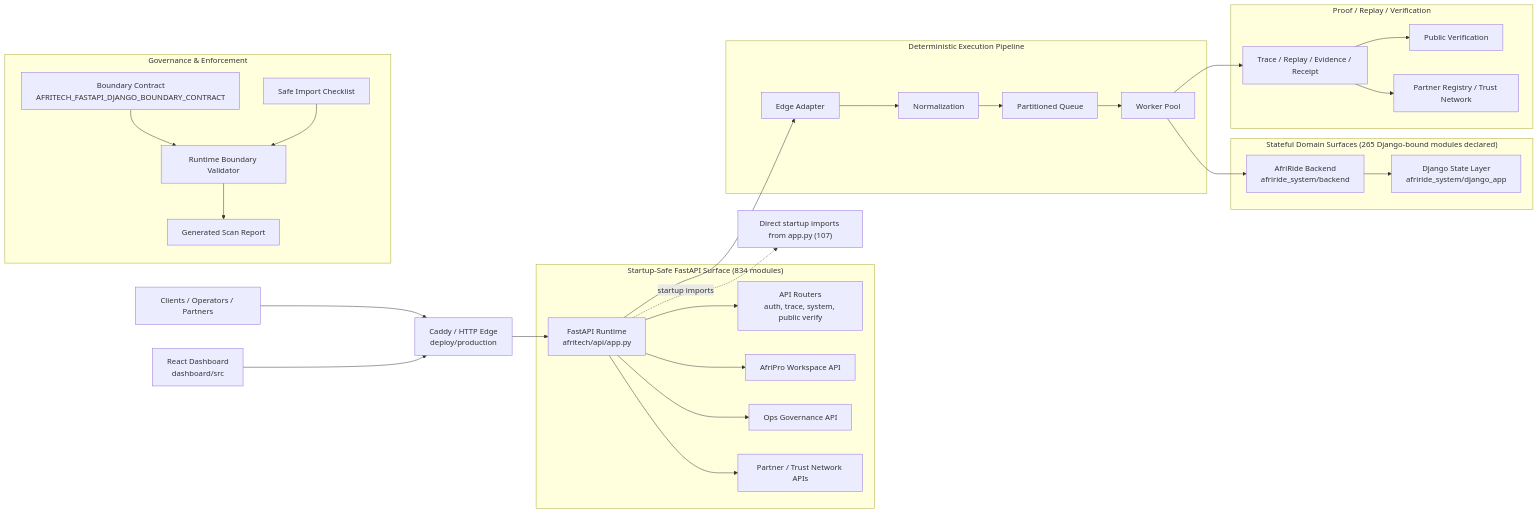
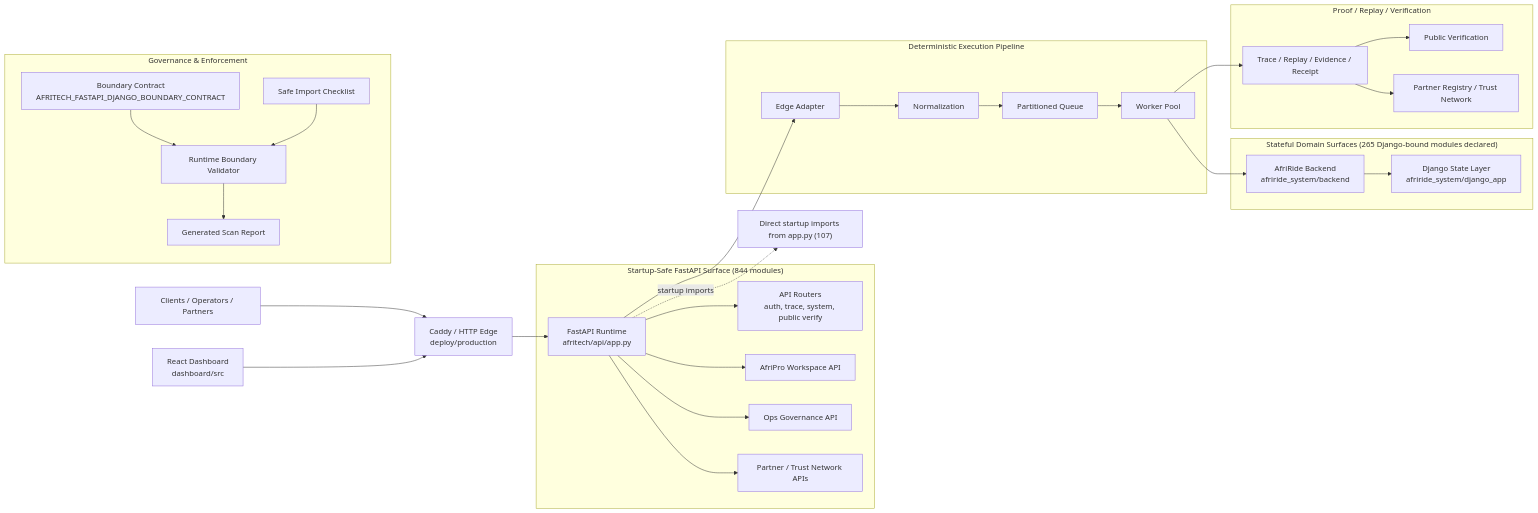
The first of 2 diagrams in docs/architecture/AFRITECH_FULL_ARCHITECTURE_GRAPH.md (Strelly2023/afritelematics), drawn with Mermaid before and after one commit. The commit also changed other lines of this file and 33 other files, not shown here.

````diff
--- a/docs/architecture/AFRITECH_FULL_ARCHITECTURE_GRAPH.md
+++ b/docs/architecture/AFRITECH_FULL_ARCHITECTURE_GRAPH.md
@@ -22,39 +22,39 @@
 ```mermaid
 flowchart LR
     Client["Clients / Operators / Partners"] --> Edge["Caddy / HTTP Edge\ndeploy/production"]
     Dashboard["React Dashboard\ndashboard/src"] --> Edge
     Edge --> App["FastAPI Runtime\nafritech/api/app.py"]
 
-    subgraph FastAPI["Startup-Safe FastAPI Surface (834 modules)"]
+    subgraph FastAPI["Startup-Safe FastAPI Surface (844 modules)"]
         App --> Api["API Routers\nauth, trace, system, public verify"]
         App --> Workspace["AfriPro Workspace API"]
         App --> Governance["Ops Governance API"]
         App --> Trust["Partner / Trust Network APIs"]
     end
 
     subgraph Pipeline["Deterministic Execution Pipeline"]
         App --> Adapt["Edge Adapter"]
         Adapt --> Normalize["Normalization"]
         Normalize --> Queue["Partitioned Queue"]
         Queue --> Worker["Worker Pool"]
     end
 
     subgraph State["Stateful Domain Surfaces (265 Django-bound modules declared)"]
         Worker --> Domain["AfriRide Backend\nafriride_system/backend"]
         Domain --> Django["Django State Layer\nafriride_system/django_app"]
     end
 
     subgraph Proof["Proof / Replay / Verification"]
         Worker --> Trace["Trace / Replay / Evidence / Receipt"]
         Trace --> Public["Public Verification"]
         Trace --> Registry["Partner Registry / Trust Network"]
     end
 
     subgraph GovernancePlane["Governance & Enforcement"]
         Contract["Boundary Contract\nAFRITECH_FASTAPI_DJANGO_BOUNDARY_CONTRACT"] --> Validator["Runtime Boundary Validator"]
         Checklist["Safe Import Checklist"] --> Validator
         Validator --> Review["Generated Scan Report"]
     end
 
     App -. startup imports .-> Imports["Direct startup imports from app.py (107)"]
 ```
````
